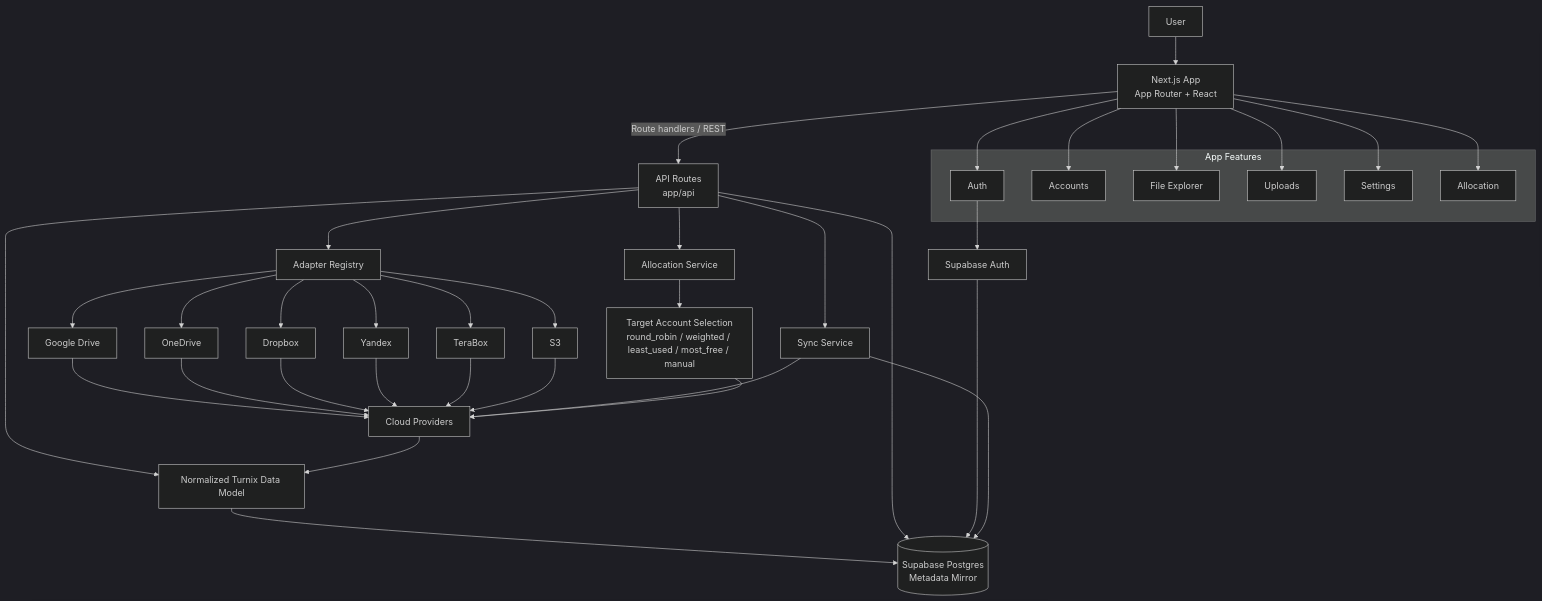
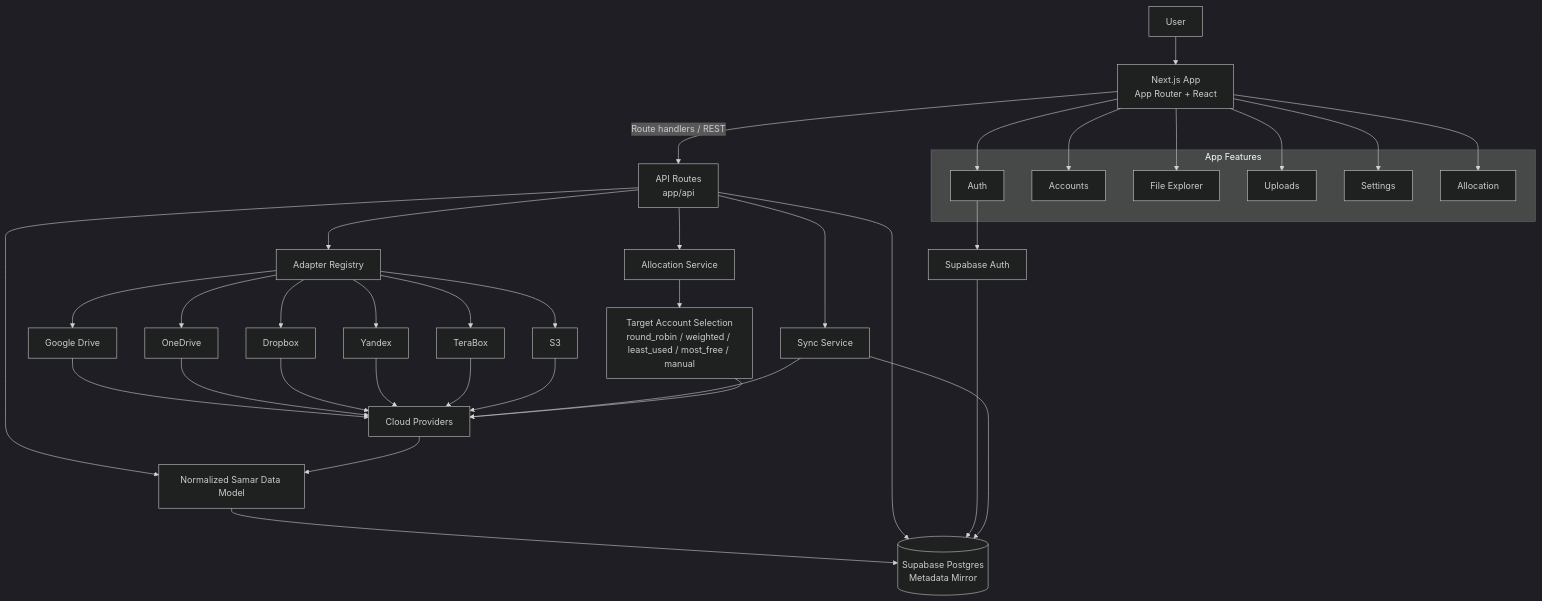
One commit to codesamar/turnix-cloud changed the diagram in README.md. Above: the diagram before and after it, drawn with Mermaid (dark theme). The commit also changed other lines of this file and 32 other files, not shown here.

First line of the commit message:
Rename project from TurnixCloud to SamarCloud and update related configurations

````diff
--- a/README.md
+++ b/README.md
@@ -100,52 +100,52 @@
 ```mermaid
 flowchart TD
     U[User] --> F[Next.js App<br/>App Router + React]
     F -->|Route handlers / REST| API[API Routes<br/>app/api]
 
     subgraph App Features
         F1[Auth]
         F2[Accounts]
         F3[File Explorer]
         F4[Uploads]
         F5[Settings]
         F6[Allocation]
     end
 
     F --> F1
     F --> F2
     F --> F3
     F --> F4
     F --> F5
     F --> F6
 
     API --> A[Adapter Registry]
     A --> G[Google Drive]
     A --> O[OneDrive]
     A --> D[Dropbox]
     A --> Y[Yandex]
     A --> T[TeraBox]
     A --> S[S3]
 
     G --> CP[Cloud Providers]
     O --> CP
     D --> CP
     Y --> CP
     T --> CP
     S --> CP
 
-    API --> N[Normalized Turnix Data Model]
+    API --> N[Normalized Samar Data Model]
     CP --> N
 
     N --> DB[(Supabase Postgres<br/>Metadata Mirror)]
     API --> DB
     F1 --> SA[Supabase Auth]
     SA --> DB
 
     API --> SY[Sync Service]
     SY --> CP
     SY --> DB
 
     API --> AL[Allocation Service]
     AL --> ACC[Target Account Selection<br/>round_robin / weighted / least_used / most_free / manual]
     ACC --> CP
 ```
````
